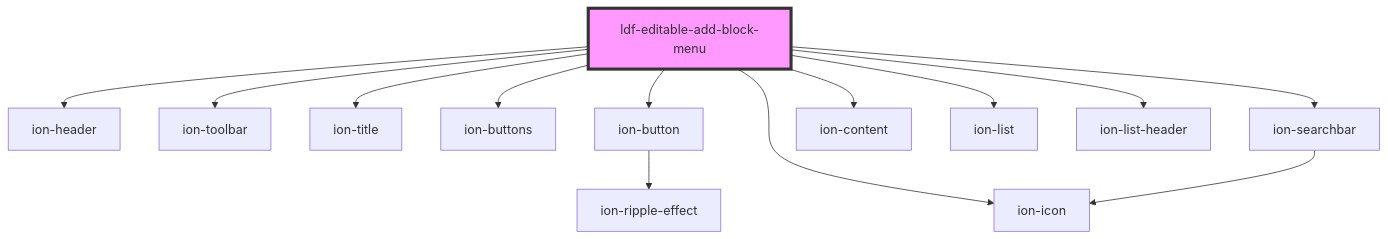
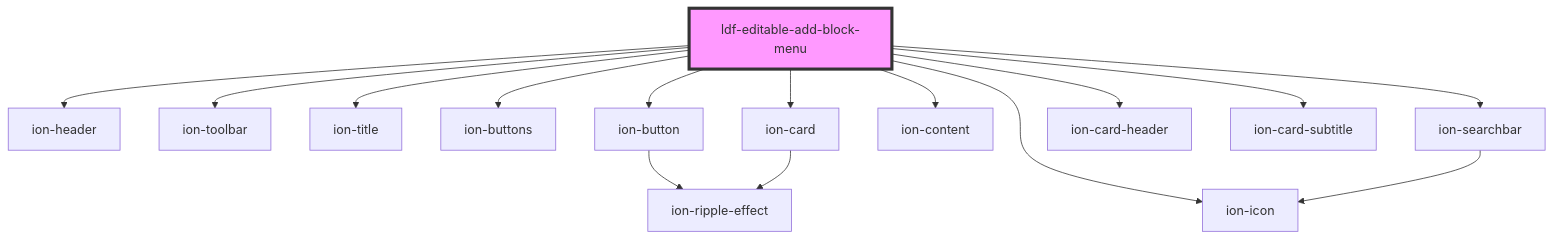
The diagram in components/src/components/editable-add-block-menu/readme.md (gbj/venite), drawn with Mermaid before and after one commit. The commit also changed other lines of this file and 22 other files, not shown here.

````diff
--- a/components/src/components/editable-add-block-menu/readme.md
+++ b/components/src/components/editable-add-block-menu/readme.md
@@ -31,16 +32,18 @@
 ```mermaid
 graph TD;
   ldf-editable-add-block-menu --> ion-header
   ldf-editable-add-block-menu --> ion-toolbar
   ldf-editable-add-block-menu --> ion-title
   ldf-editable-add-block-menu --> ion-buttons
   ldf-editable-add-block-menu --> ion-button
   ldf-editable-add-block-menu --> ion-icon
   ldf-editable-add-block-menu --> ion-searchbar
   ldf-editable-add-block-menu --> ion-content
-  ldf-editable-add-block-menu --> ion-list
-  ldf-editable-add-block-menu --> ion-list-header
+  ldf-editable-add-block-menu --> ion-card
+  ldf-editable-add-block-menu --> ion-card-header
+  ldf-editable-add-block-menu --> ion-card-subtitle
   ion-button --> ion-ripple-effect
   ion-searchbar --> ion-icon
+  ion-card --> ion-ripple-effect
   style ldf-editable-add-block-menu fill:#f9f,stroke:#333,stroke-width:4px
 ```
````
